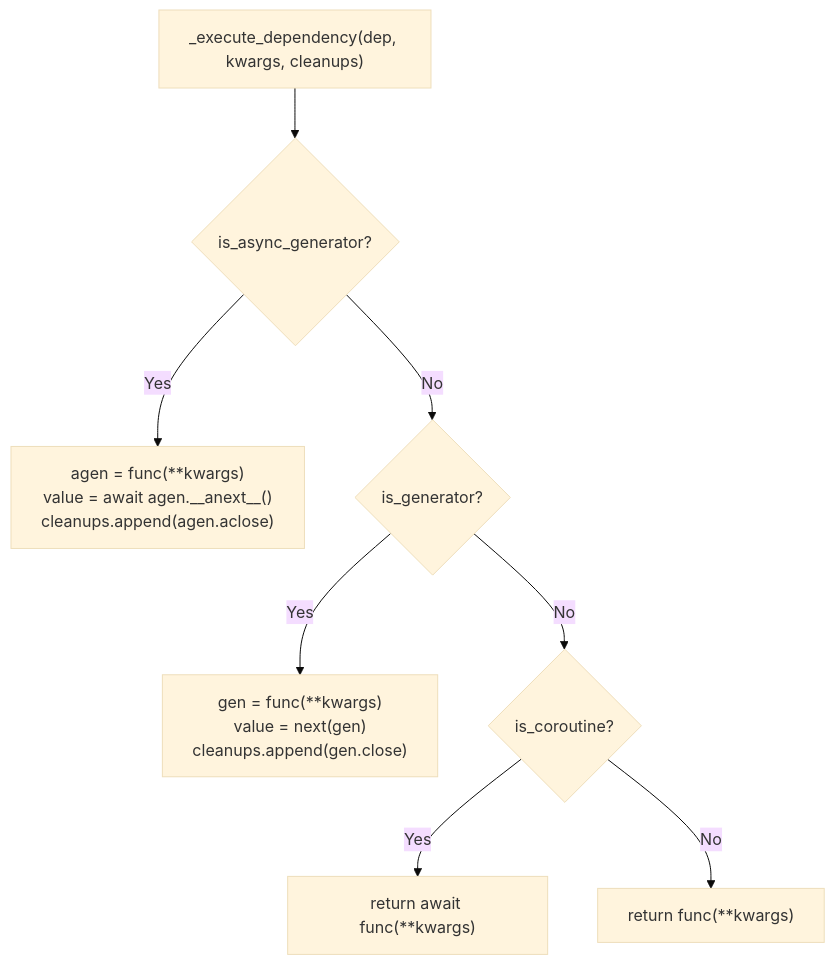
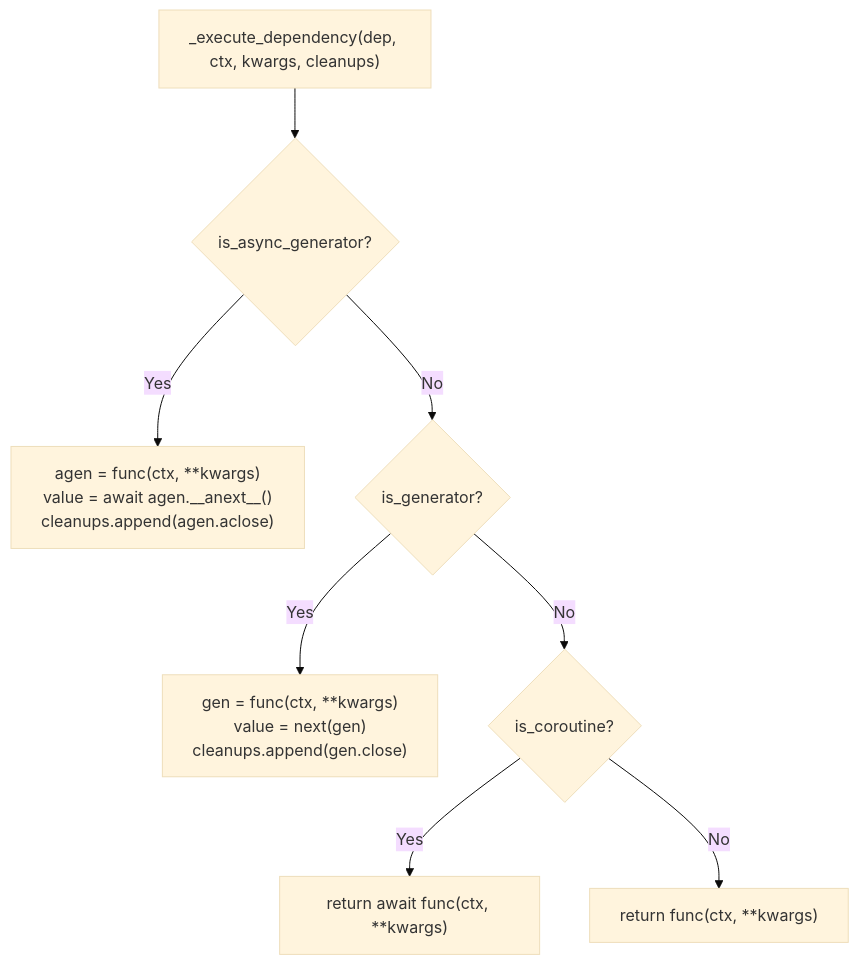
One commit to sillohq/core changed the sixth of 8 diagrams in docs/docs/src/content/docs/v1.0/advanced/dependency-injection.md. Above: the diagram before and after it, drawn with Mermaid (base theme). The commit also changed other lines of this file and 18 other files, not shown here.

````diff
--- a/docs/docs/src/content/docs/v1.0/advanced/dependency-injection.md
+++ b/docs/docs/src/content/docs/v1.0/advanced/dependency-injection.md
@@ -550,10 +542,10 @@
 ```mermaid
 flowchart TD
-    A["_execute_dependency(dep, kwargs, cleanups)"] --> B{"is_async_generator?"}
-    B -->|"Yes"| C["agen = func(**kwargs)<br/>value = await agen.__anext__()<br/>cleanups.append(agen.aclose)"]
+    A["_execute_dependency(dep, ctx, kwargs, cleanups)"] --> B{"is_async_generator?"}
+    B -->|"Yes"| C["agen = func(ctx, **kwargs)<br/>value = await agen.__anext__()<br/>cleanups.append(agen.aclose)"]
     B -->|"No"| D{"is_generator?"}
-    D -->|"Yes"| E["gen = func(**kwargs)<br/>value = next(gen)<br/>cleanups.append(gen.close)"]
+    D -->|"Yes"| E["gen = func(ctx, **kwargs)<br/>value = next(gen)<br/>cleanups.append(gen.close)"]
     D -->|"No"| F{"is_coroutine?"}
-    F -->|"Yes"| G["return await func(**kwargs)"]
-    F -->|"No"| H["return func(**kwargs)"]
+    F -->|"Yes"| G["return await func(ctx, **kwargs)"]
+    F -->|"No"| H["return func(ctx, **kwargs)"]
 ```
````
